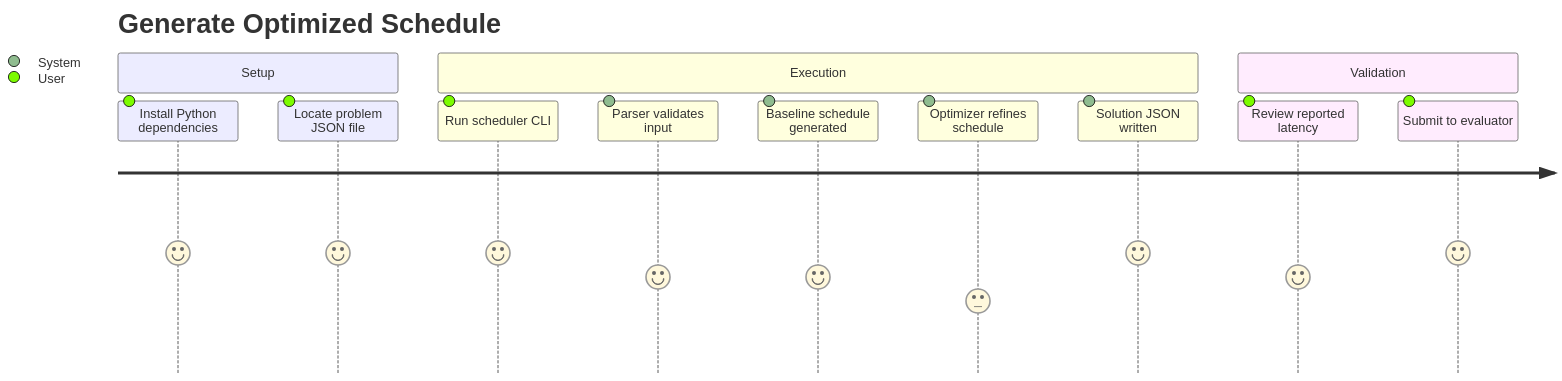
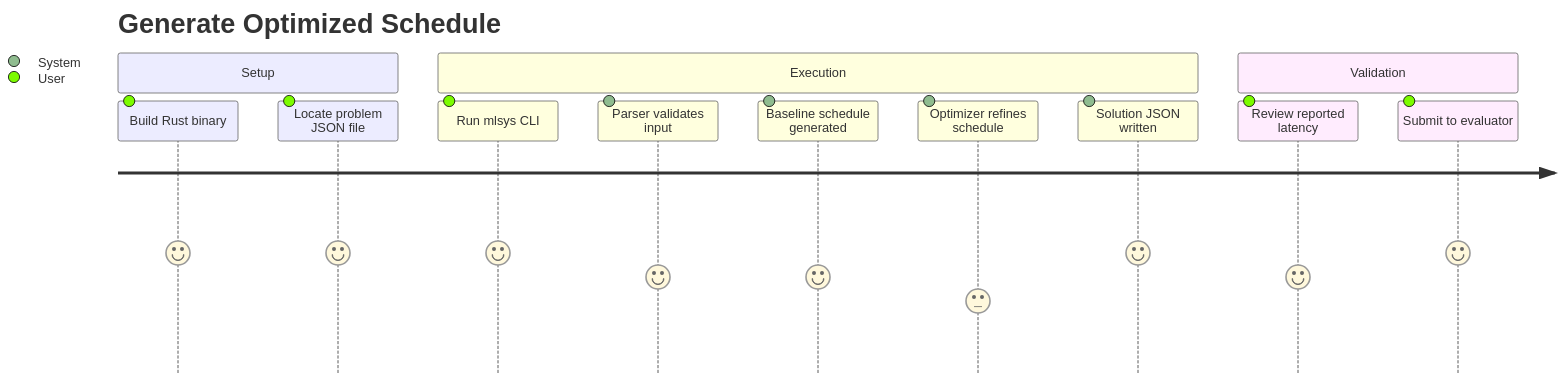
Before and after one commit to melroyanthony/MLSys: the diagram in solution/docs/architecture/user-journeys.md, drawn with Mermaid. The commit also changed other lines of this file and 14 other files, not shown here.

````diff
--- a/solution/docs/architecture/user-journeys.md
+++ b/solution/docs/architecture/user-journeys.md
@@ -8,16 +8,16 @@
 ```mermaid
 journey
     title Generate Optimized Schedule
     section Setup
-      Install Python dependencies: 5: User
+      Build Rust binary: 5: User
       Locate problem JSON file: 5: User
     section Execution
-      Run scheduler CLI: 5: User
+      Run mlsys CLI: 5: User
       Parser validates input: 4: System
       Baseline schedule generated: 4: System
       Optimizer refines schedule: 3: System
       Solution JSON written: 5: System
     section Validation
       Review reported latency: 4: User
       Submit to evaluator: 5: User
 ```
````
